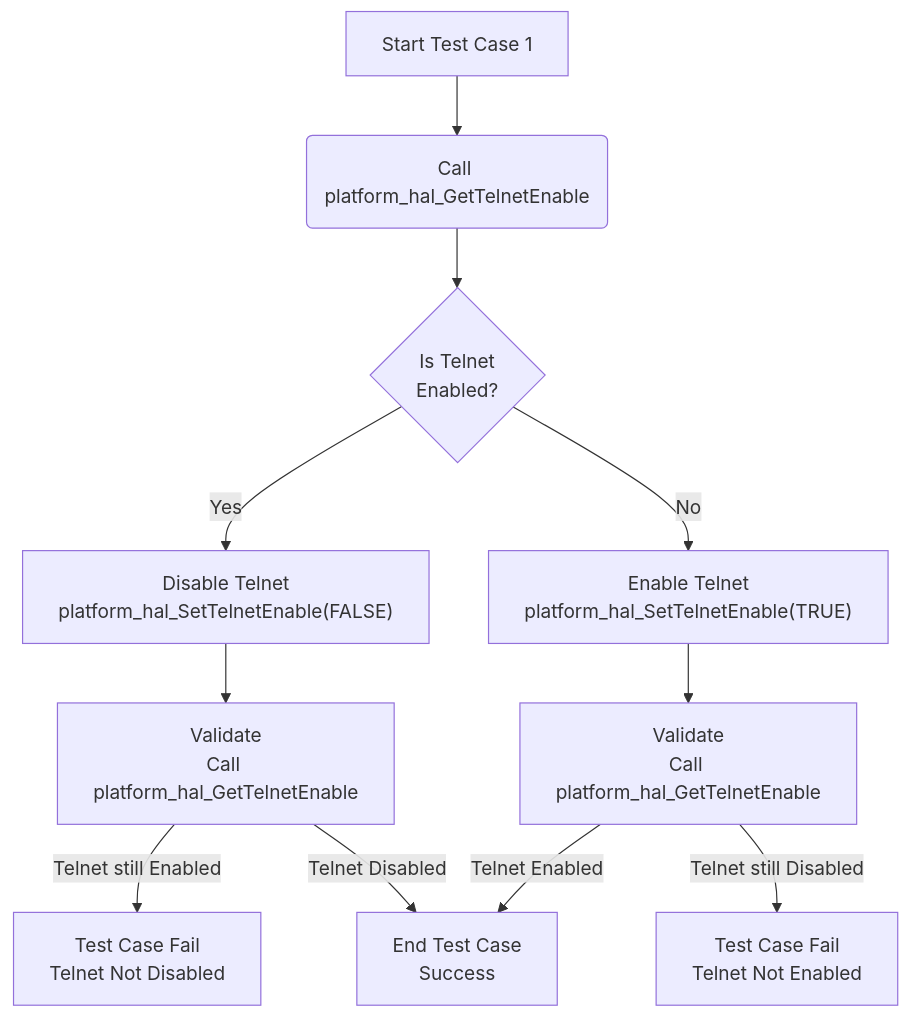
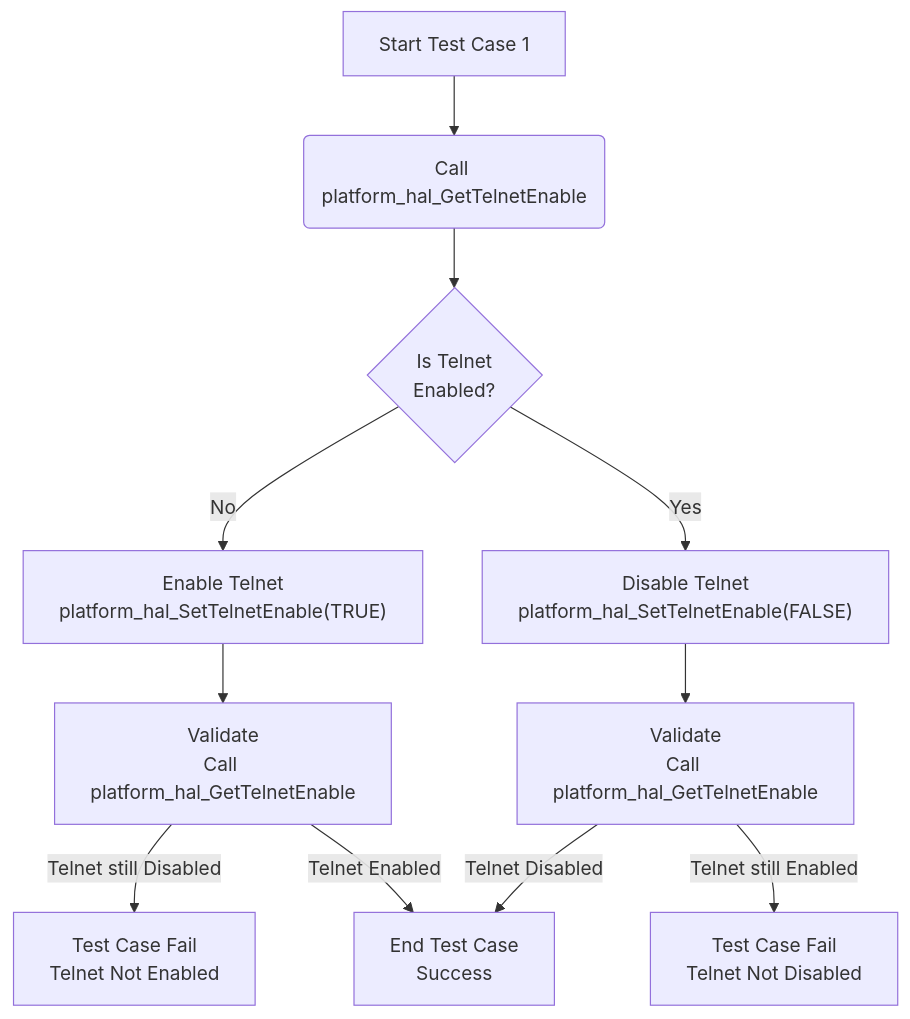
The first of 14 diagrams in docs/pages/platform_hal_mermaid.md (rdkcentral/rdkb-halif-test-platform), drawn with Mermaid before and after one commit. The commit also changed other lines of this file, not shown here.

Commit message:
Develop platform hal L2 test suite Modified the mermaid file for L2 testcases

````diff
--- a/docs/pages/platform_hal_mermaid.md
+++ b/docs/pages/platform_hal_mermaid.md
@@ -5,13 +5,13 @@
 ```mermaid
 flowchart TD
     A[Start Test Case 1] --> B(Call platform_hal_GetTelnetEnable)
     B --> C{Is Telnet <br> Enabled?}
+    C -->|No| E["Enable Telnet<br>platform_hal_SetTelnetEnable(TRUE)"]
     C -->|Yes| D["Disable Telnet<br>platform_hal_SetTelnetEnable(FALSE)"]
-    C -->|No| E["Enable Telnet<br>platform_hal_SetTelnetEnable(TRUE)"]
     D --> F[Validate<br>Call platform_hal_GetTelnetEnable]
     E --> G[Validate<br>Call platform_hal_GetTelnetEnable]
-    F -->|Telnet still Enabled| H[Test Case Fail<br>Telnet Not Disabled]
     F -->|Telnet Disabled| I[End Test Case<br>Success]
     G -->|Telnet still Disabled| J[Test Case Fail<br>Telnet Not Enabled]
+    F -->|Telnet still Enabled| H[Test Case Fail<br>Telnet Not Disabled]
     G -->|Telnet Enabled| I[End Test Case<br>Success]
 ```
````
